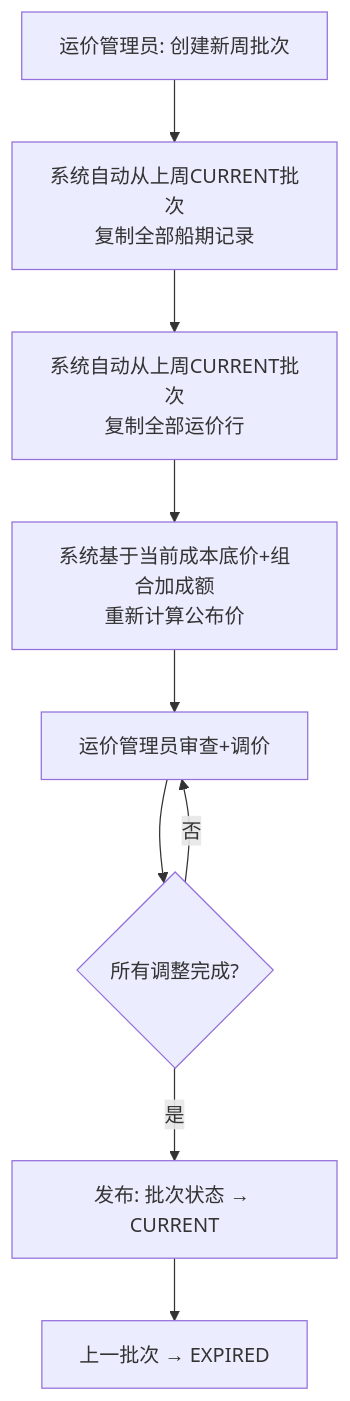
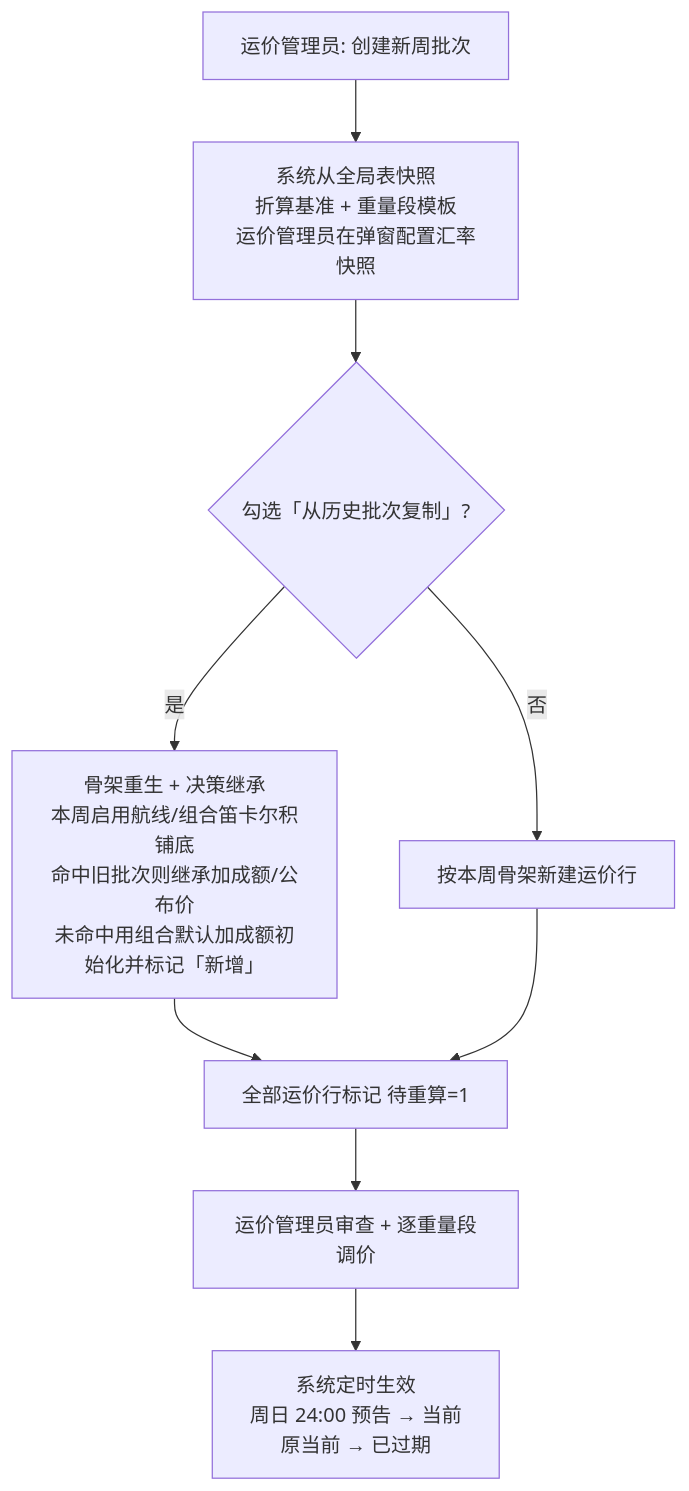
One commit to zhangwen960722/luna-daily changed the fifth of 7 diagrams in 0-产品经理使用IDE/drafts/超级运价/2026-09-14-数据设计.md. Above: the diagram before and after it, drawn with Mermaid. The commit also changed other lines of this file and 41 other files, not shown here.

````diff
--- a/0-产品经理使用IDE/drafts/超级运价/2026-09-14-数据设计.md
+++ b/0-产品经理使用IDE/drafts/超级运价/2026-09-14-数据设计.md
@@ -1009,11 +1011,11 @@
 ```mermaid
 flowchart TD
-    A[运价管理员: 创建新周批次] --> B[系统自动从上周CURRENT批次<br>复制全部船期记录]
-    B --> C[系统自动从上周CURRENT批次<br>复制全部运价行]
-    C --> D[系统基于当前成本底价+组合加成额<br>重新计算公布价]
-    D --> E[运价管理员审查+调价]
-    E --> F{所有调整完成?}
-    F -->|是| G[发布: 批次状态 → CURRENT]
-    F -->|否| E
-    G --> H[上一批次 → EXPIRED]
+    A[运价管理员: 创建新周批次] --> B[系统从全局表快照<br>折算基准 + 重量段模板<br>运价管理员在弹窗配置汇率快照]
+    B --> C{勾选「从历史批次复制」?}
+    C -->|是| D[骨架重生 + 决策继承<br>本周启用航线/组合笛卡尔积铺底<br>命中旧批次则继承加成额/公布价<br>未命中用组合默认加成额初始化并标记「新增」]
+    C -->|否| E[按本周骨架新建运价行]
+    D --> F[全部运价行标记 待重算=1]
+    E --> F
+    F --> G[运价管理员审查 + 逐重量段调价]
+    G --> H[系统定时生效<br>周日 24:00 预告 → 当前<br>原当前 → 已过期]
 ```
````
